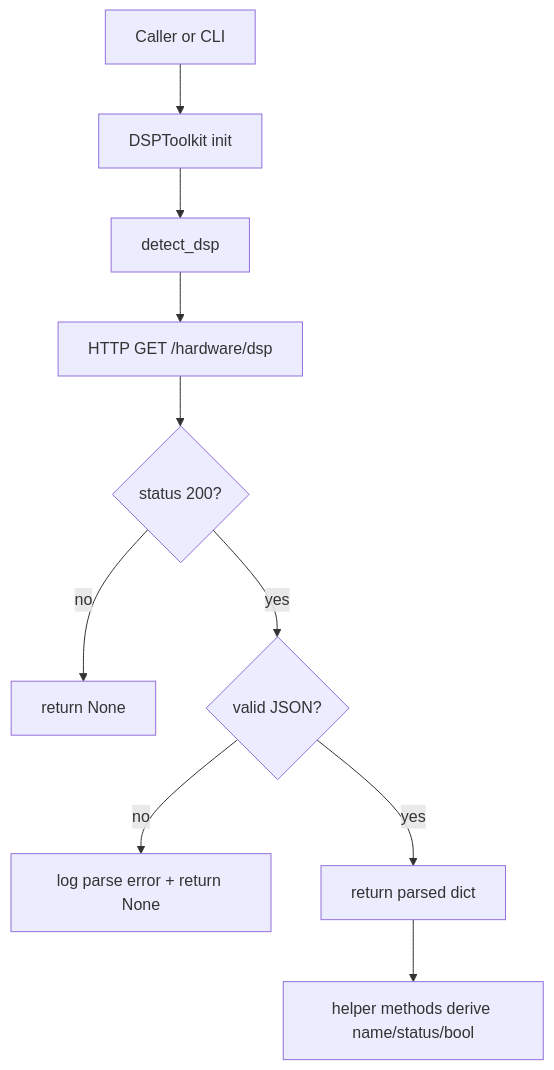
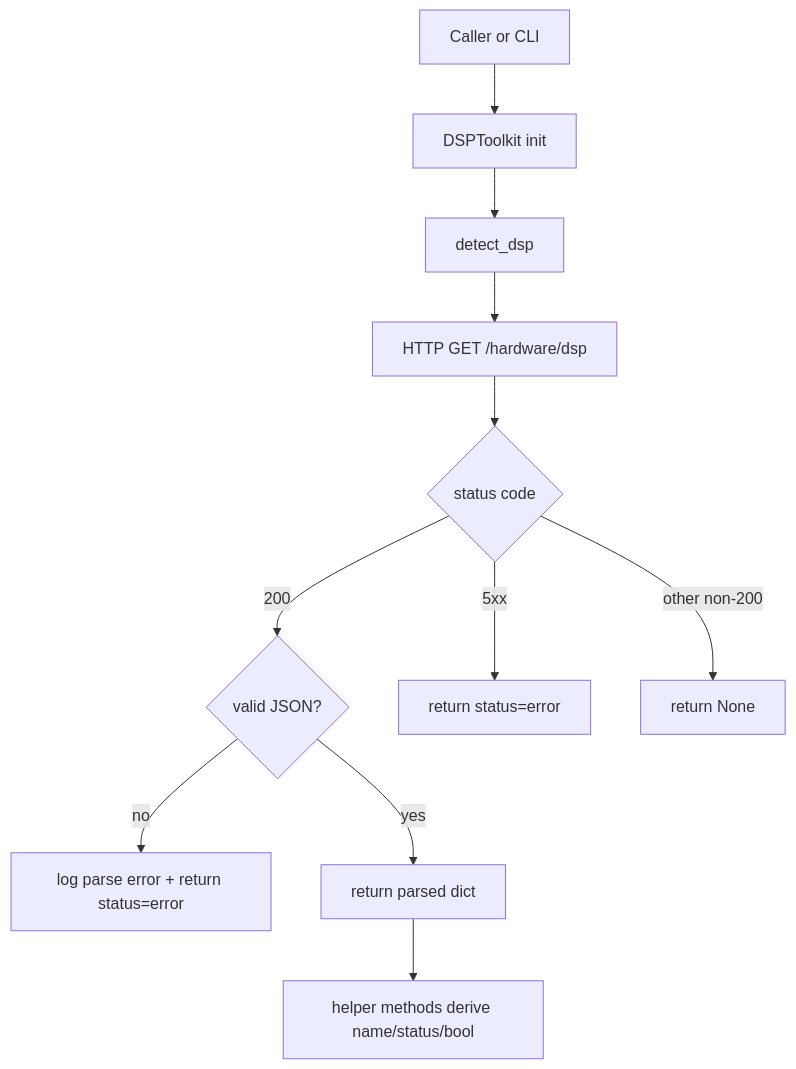
Before and after one commit to ibiscum/hifiberry-configurator: the diagram in docs/dsptoolkit-command-flow.md, drawn with Mermaid. The commit also changed other lines of this file and 23 other files, not shown here.

````diff
--- a/docs/dsptoolkit-command-flow.md
+++ b/docs/dsptoolkit-command-flow.md
@@ -37,12 +38,13 @@
 ```mermaid
 flowchart TD
     A[Caller or CLI] --> B[DSPToolkit init]
     B --> C[detect_dsp]
     C --> D[HTTP GET /hardware/dsp]
-    D --> E{status 200?}
-    E -->|no| F[return None]
-    E -->|yes| G{valid JSON?}
-    G -->|no| H[log parse error + return None]
+    D --> E{status code}
+    E -->|200| G{valid JSON?}
+    E -->|5xx| F[return status=error]
+    E -->|other non-200| N[return None]
+    G -->|no| H[log parse error + return status=error]
     G -->|yes| I[return parsed dict]
     I --> J[helper methods derive name/status/bool]
 ```
````
